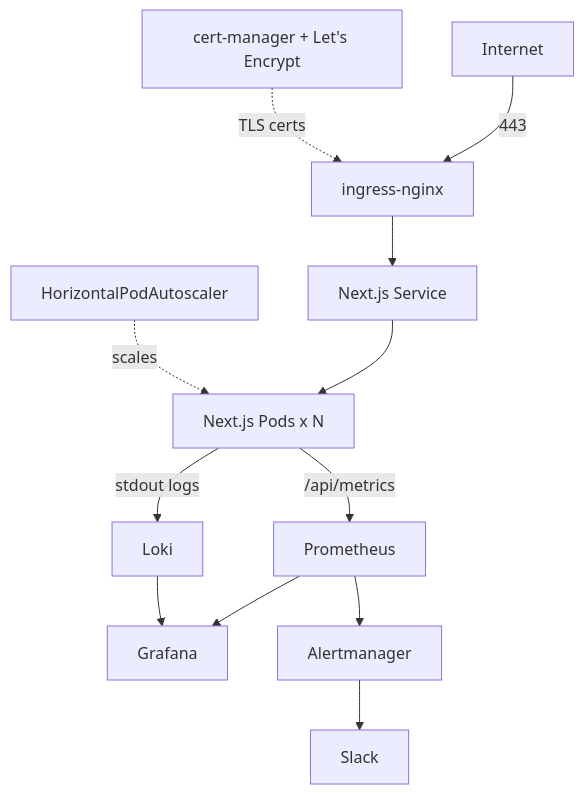
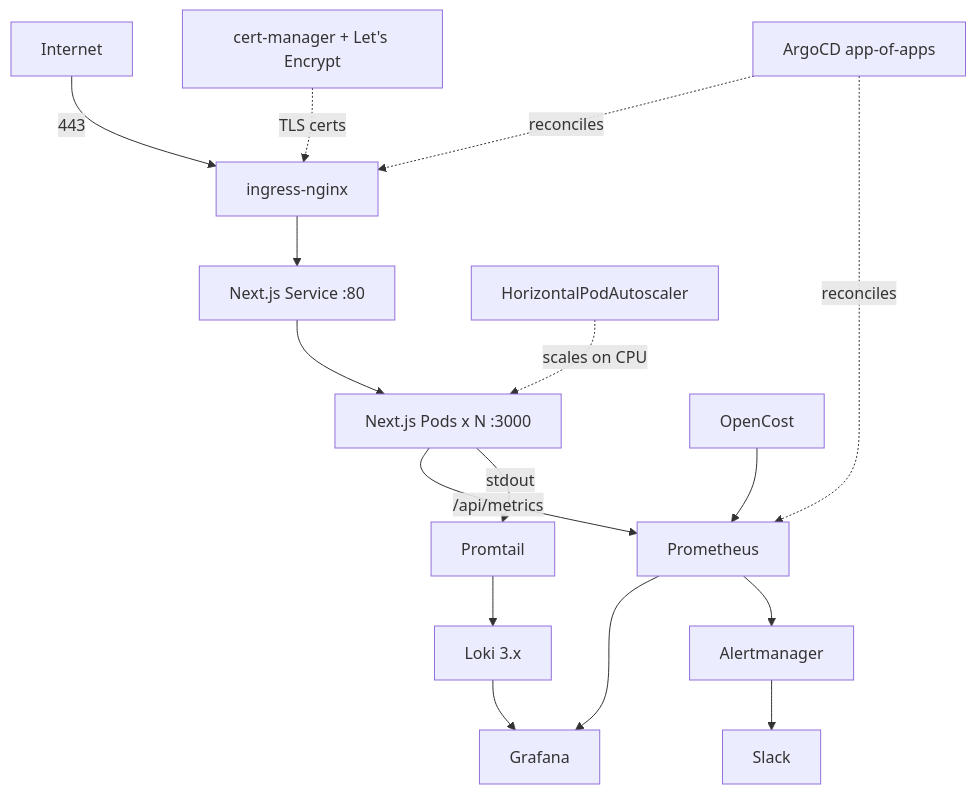
Before and after one commit to sarmakska/k8s-ops-toolkit: the diagram in README.md, drawn with Mermaid. The commit also changed other lines of this file and 9 other files, not shown here.

First line of the commit message:
docs: rewrite README, docs and whitepaper for Loki 3.x, OpenCost and GitOps; add CHANGELOG

````diff
--- a/README.md
+++ b/README.md
@@ -29,14 +31,17 @@
 ```mermaid
 graph TD
   Internet[Internet] -->|443| Ing[ingress-nginx]
   Cert[cert-manager + Let's Encrypt] -.TLS certs.-> Ing
-  Ing --> Svc[Next.js Service]
-  Svc --> Pods[Next.js Pods x N]
-  HPA[HorizontalPodAutoscaler] -.scales.-> Pods
+  Ing --> Svc[Next.js Service :80]
+  Svc --> Pods[Next.js Pods x N :3000]
+  HPA[HorizontalPodAutoscaler] -.scales on CPU.-> Pods
   Pods -->|/api/metrics| Prom[Prometheus]
-  Pods -->|stdout logs| Loki[Loki]
+  Pods -->|stdout| Promtail[Promtail] --> Loki[Loki 3.x]
+  OpenCost[OpenCost] --> Prom
   Prom --> Graf[Grafana]
   Loki --> Graf
   Prom --> AM[Alertmanager]
   AM --> Slack[Slack]
+  Argo[ArgoCD app-of-apps] -.reconciles.-> Ing
+  Argo -.reconciles.-> Prom
 ```
````
